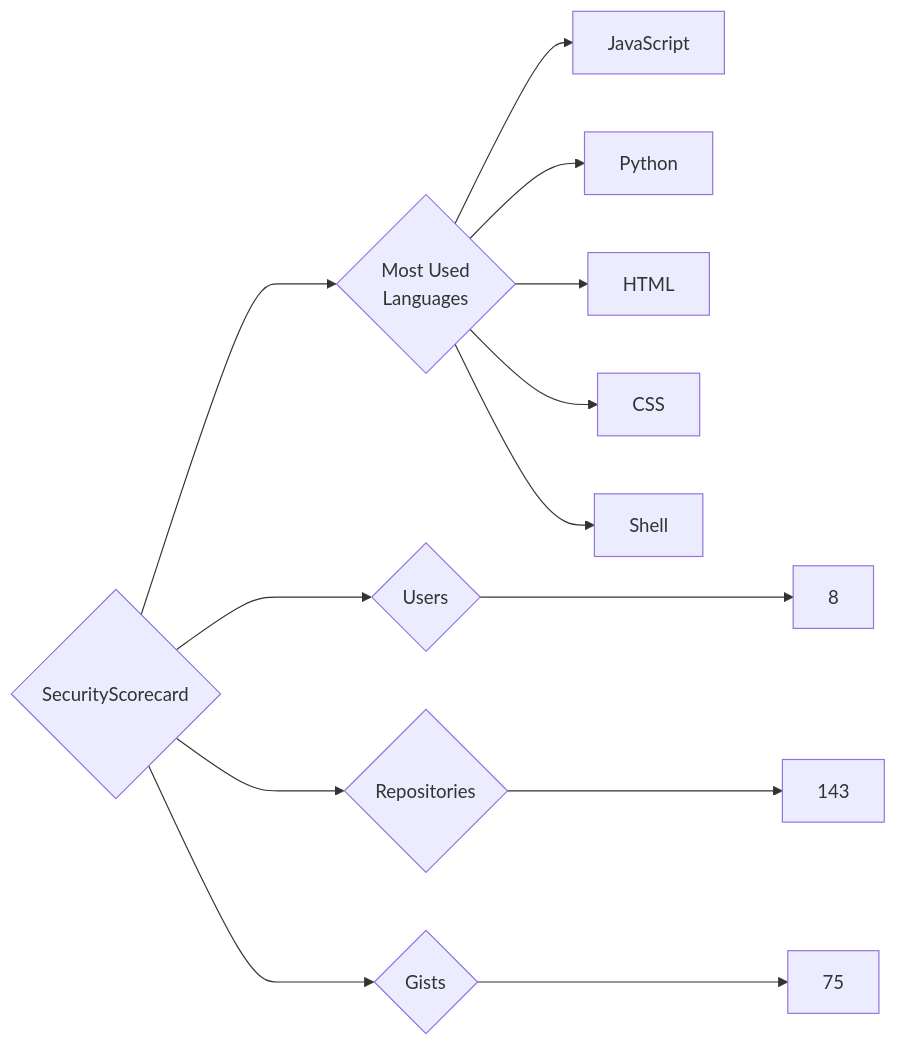
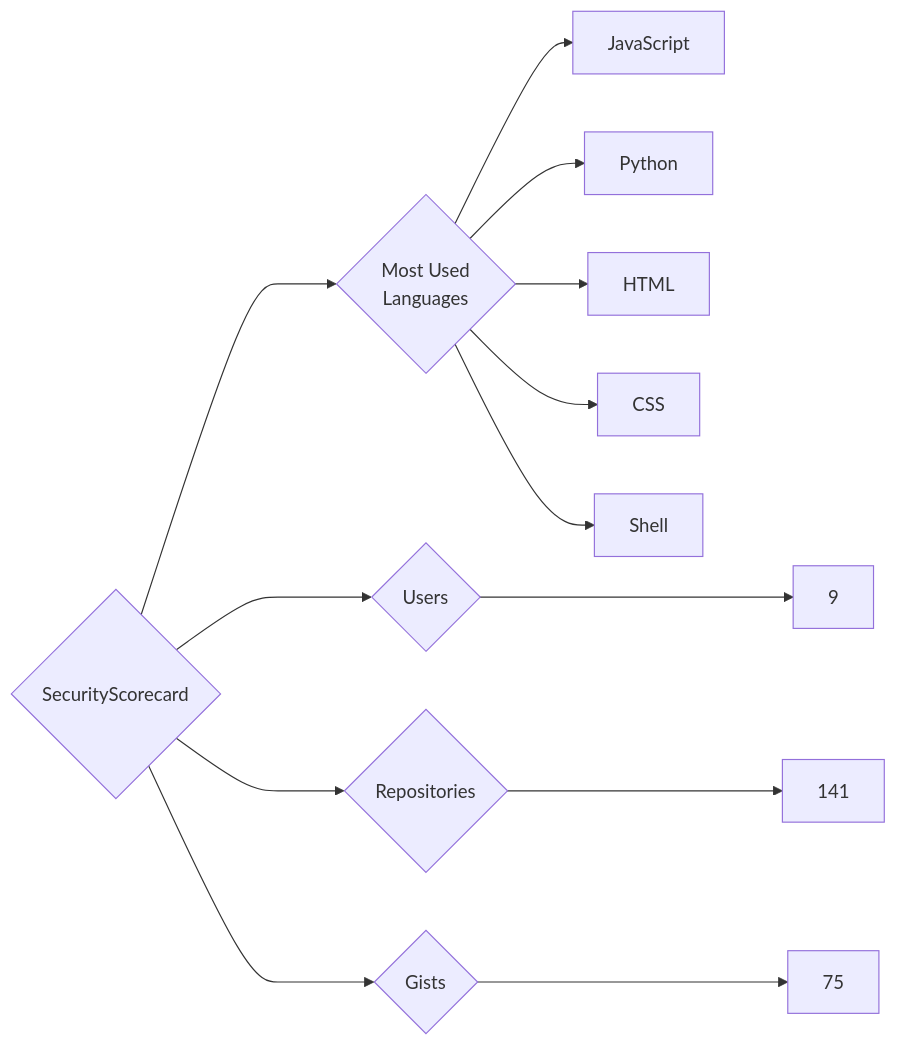
One commit to trickest/insiders changed the diagram in targets/SecurityScorecard/README.md. Above: the diagram before and after it, drawn with Mermaid. The commit also changed 964 other files, not shown here.

````diff
--- a/targets/SecurityScorecard/README.md
+++ b/targets/SecurityScorecard/README.md
@@ -3,13 +3,13 @@
 ```mermaid
 graph LR
 COMPANY_NAME{SecurityScorecard}
-COMPANY_NAME ---> U{Users} ---> UN[8]
-COMPANY_NAME ---> R{Repositories} ---> RN[143]
+COMPANY_NAME ---> U{Users} ---> UN[9]
+COMPANY_NAME ---> R{Repositories} ---> RN[141]
 COMPANY_NAME ---> G{Gists} ---> GN[75]
 COMPANY_NAME ---> ML{Most Used<br>Languages}
 ML --> JavaScript[JavaScript]
 ML --> Python[Python]
 ML --> HTML[HTML]
 ML --> CSS[CSS]
 ML --> Shell[Shell]
 ```
````
